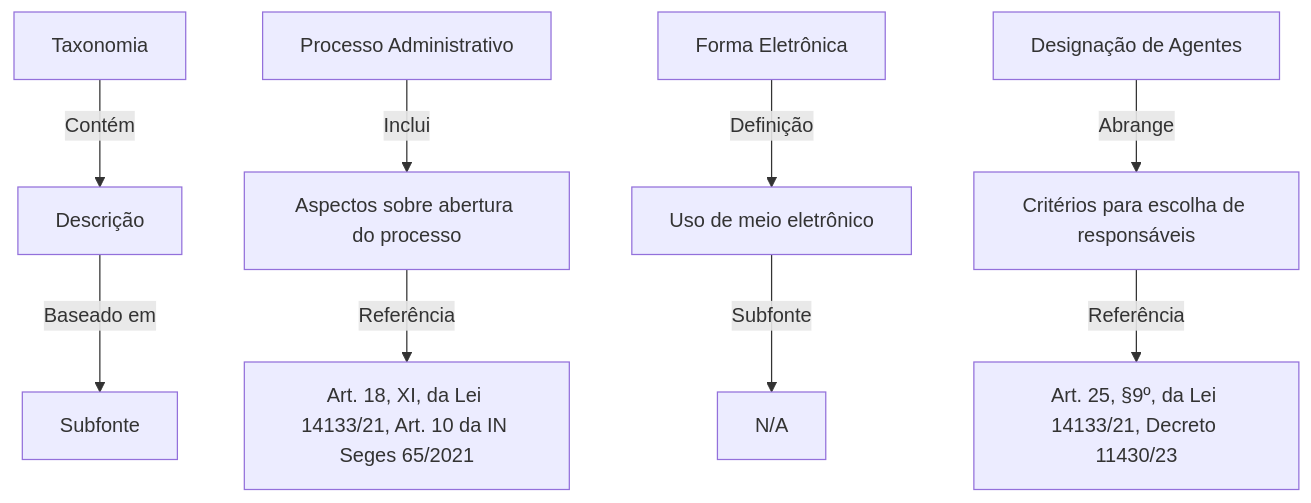
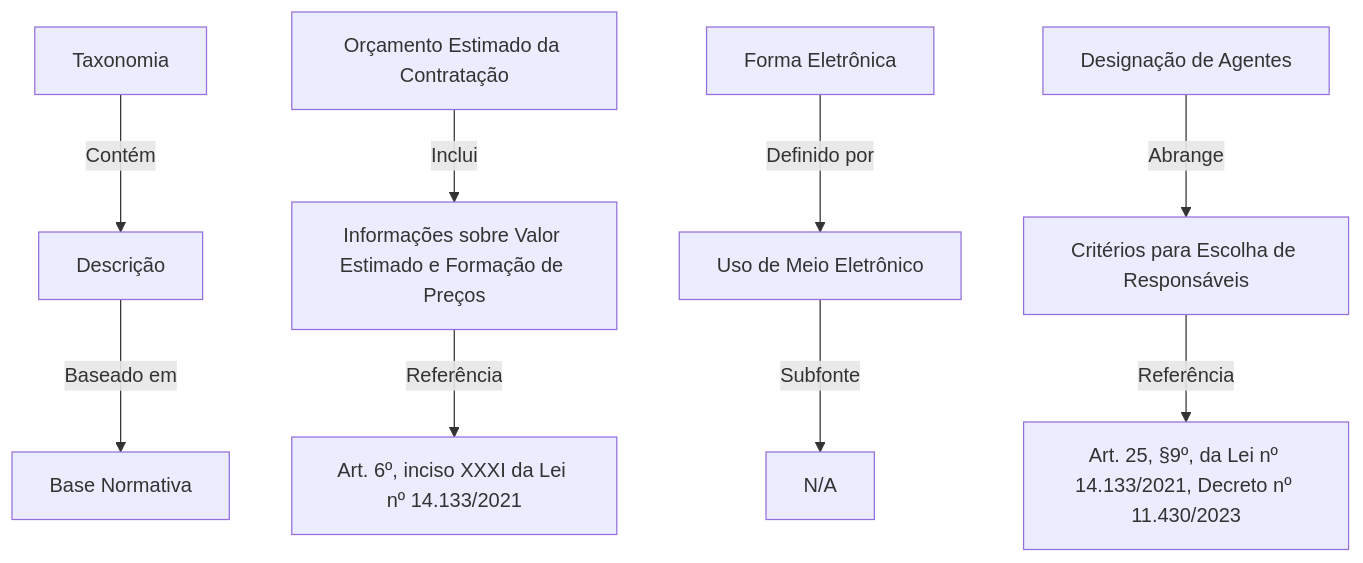
One commit to meirelesgc/iaEditais-back changed the second of 4 diagrams in docs/resources/tree.md. Above: the diagram before and after it, drawn with Mermaid. The commit also changed other lines of this file and 2 other files, not shown here.

````diff
--- a/docs/resources/tree.md
+++ b/docs/resources/tree.md
@@ -21,13 +25,13 @@
 ```mermaid
 graph TD
-    A[Taxonomia] -->|Contém| B[Descrição] -->|Baseado em| C[Subfonte]
+    A[Taxonomia] -->|Contém| B[Descrição] -->|Baseado em| C[Base Normativa]
 
-    A1[Processo Administrativo] -->|Inclui| A2[Aspectos sobre abertura do processo]
-    A2 -->|Referência| A3[Art. 18, XI, da Lei 14133/21, Art. 10 da IN Seges 65/2021]
+    A1[Orçamento Estimado da Contratação] -->|Inclui| A2[Informações sobre Valor Estimado e Formação de Preços]
+    A2 -->|Referência| A3[Art. 6º, inciso XXXI da Lei nº 14.133/2021]
 
-    A5[Forma Eletrônica] -->|Definição| A6[Uso de meio eletrônico]
+    A5[Forma Eletrônica] -->|Definido por| A6[Uso de Meio Eletrônico]
     A6 -->|Subfonte| A7[N/A]
 
-    A9[Designação de Agentes] -->|Abrange| A10[Critérios para escolha de responsáveis]
-    A10 -->|Referência| A11[Art. 25, §9º, da Lei 14133/21, Decreto 11430/23]
+    A9[Designação de Agentes] -->|Abrange| A10[Critérios para Escolha de Responsáveis]
+    A10 -->|Referência| A11[Art. 25, §9º, da Lei nº 14.133/2021, Decreto nº 11.430/2023]
 ```
````
